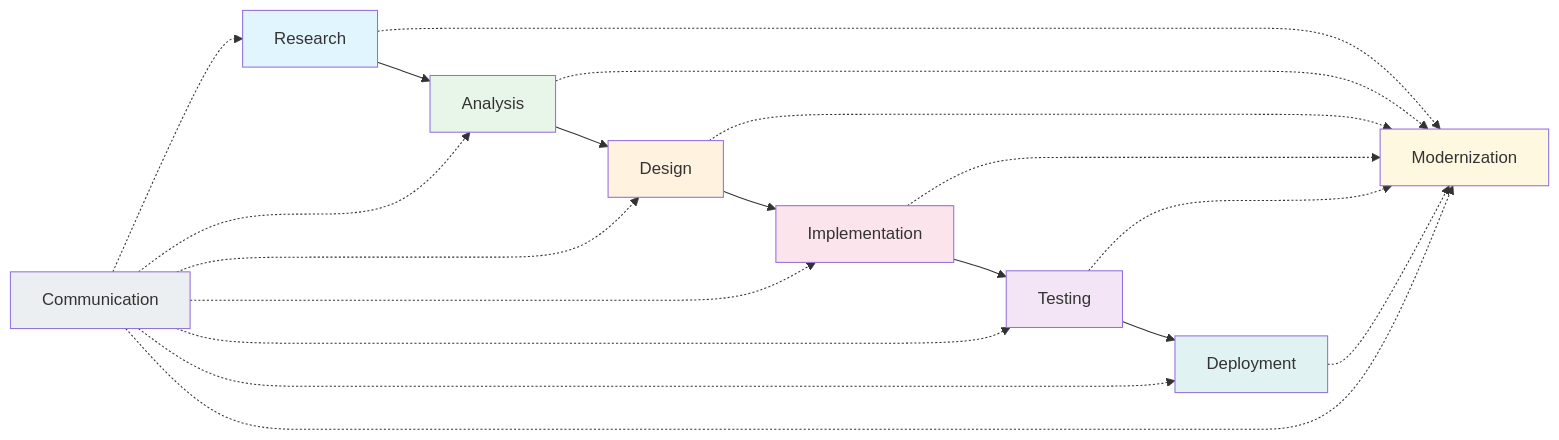
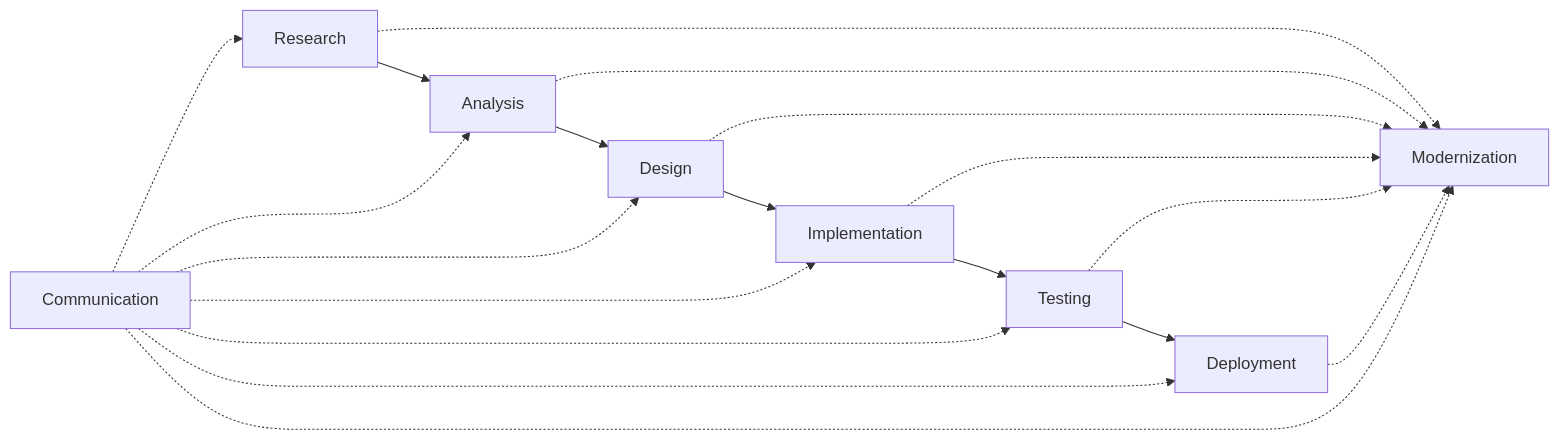
Before and after one commit to saileshkushwaha/AgenticWorld: the first of 9 diagrams in forge-framework/DIAGRAMS.md, drawn with Mermaid. The commit also changed other lines of this file and 33 other files, not shown here.

````diff
--- a/forge-framework/DIAGRAMS.md
+++ b/forge-framework/DIAGRAMS.md
@@ -9,30 +5,21 @@
 ```mermaid
 graph LR
     R[Research] --> A[Analysis]
     A --> D[Design]
     D --> I[Implementation]
     I --> T[Testing]
     T --> DP[Deployment]
     R -.-> M[Modernization]
     A -.-> M
     D -.-> M
     I -.-> M
     T -.-> M
     DP -.-> M
     C[Communication] -.-> R
     C -.-> A
     C -.-> D
     C -.-> I
     C -.-> T
     C -.-> DP
     C -.-> M
-
-    style R fill:#e1f5fe
-    style A fill:#e8f5e9
-    style D fill:#fff3e0
-    style I fill:#fce4ec
-    style T fill:#f3e5f5
-    style DP fill:#e0f2f1
-    style M fill:#fff8e1
-    style C fill:#eceff1
 ```
````
